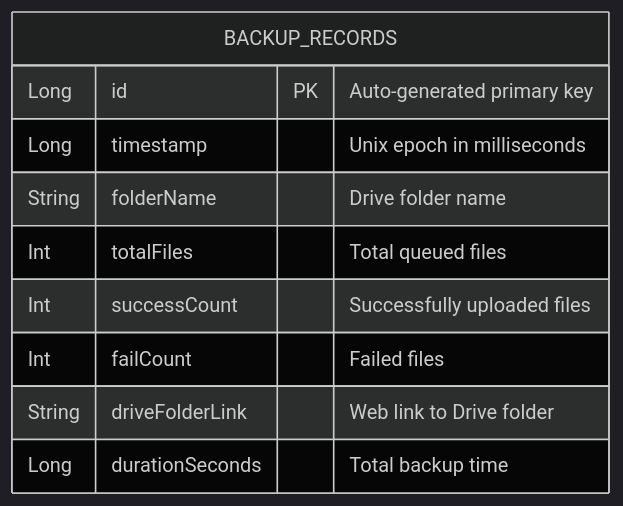
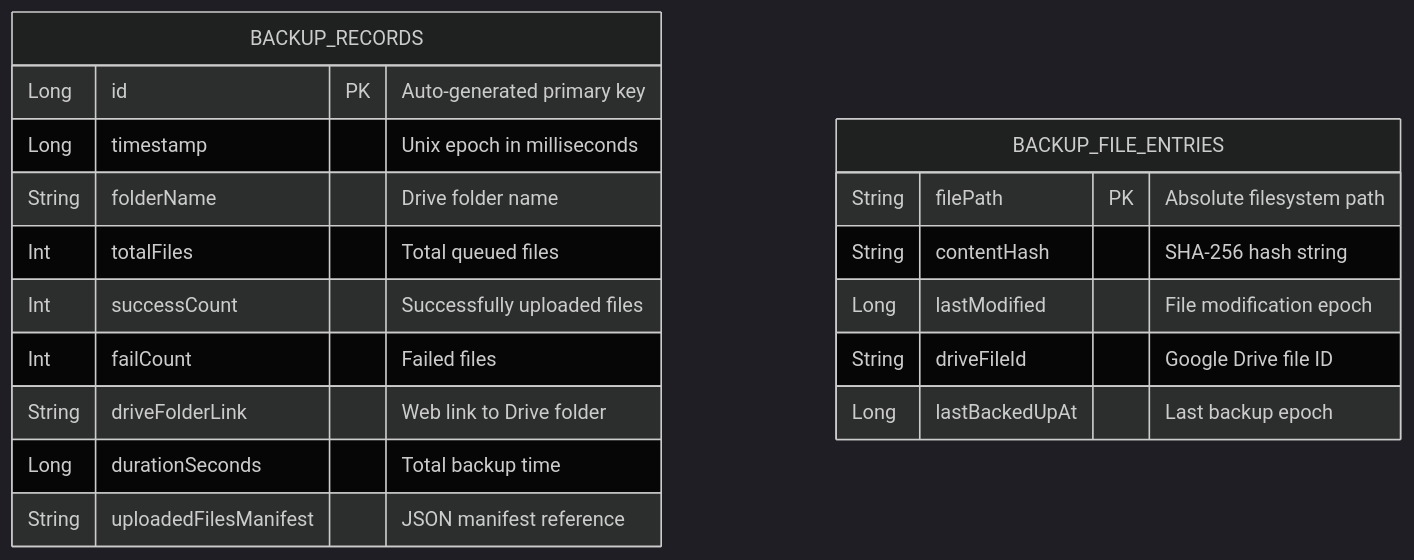
Before and after one commit to nandakumar-nandu/WABackupPro: the fifth of 7 diagrams in README.md, drawn with Mermaid (dark theme). The commit also changed other lines of this file and 14 other files, not shown here.

First line of the commit message:
feat: incremental backup with delta detection (skip already-uploaded files)

````diff
--- a/README.md
+++ b/README.md
@@ -55,13 +73,22 @@
 ```mermaid
 erDiagram
     BACKUP_RECORDS {
         Long id PK "Auto-generated primary key"
         Long timestamp "Unix epoch in milliseconds"
         String folderName "Drive folder name"
         Int totalFiles "Total queued files"
         Int successCount "Successfully uploaded files"
         Int failCount "Failed files"
         String driveFolderLink "Web link to Drive folder"
         Long durationSeconds "Total backup time"
+        String uploadedFilesManifest "JSON manifest reference"
+    }
+
+    BACKUP_FILE_ENTRIES {
+        String filePath PK "Absolute filesystem path"
+        String contentHash "SHA-256 hash string"
+        Long lastModified "File modification epoch"
+        String driveFileId "Google Drive file ID"
+        Long lastBackedUpAt "Last backup epoch"
     }
 ```
````
